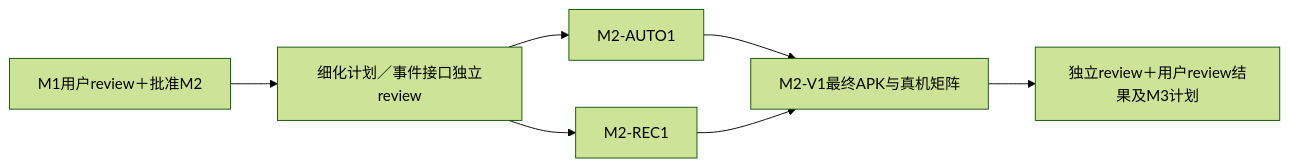
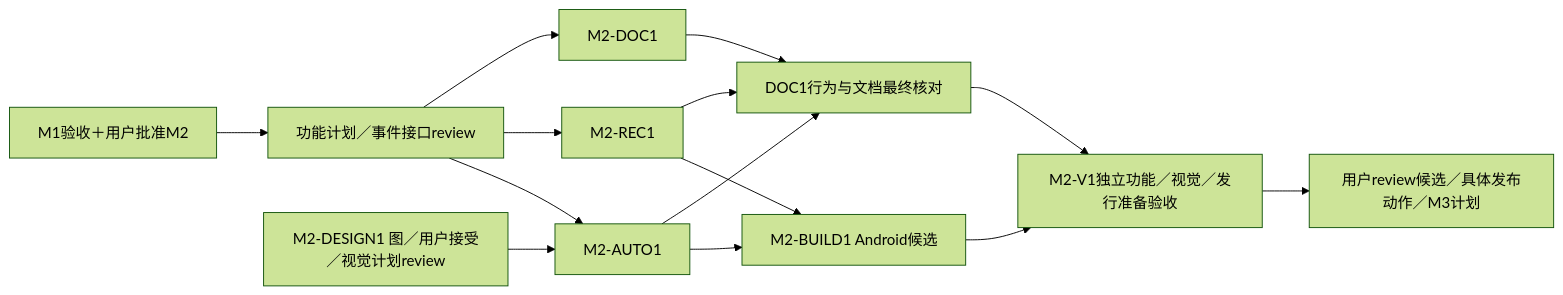
One commit to GhostFlying/ferry changed the diagram in docs/plans/m2.md. Above: the diagram before and after it, drawn with Mermaid (forest theme). The commit also changed other lines of this file and 15 other files, not shown here.

````diff
--- a/docs/plans/m2.md
+++ b/docs/plans/m2.md
@@ -17,9 +22,16 @@
 ```mermaid
 flowchart LR
-    U[M1用户review＋批准M2] --> P[细化计划／事件接口独立review]
+    U[M1验收＋用户批准M2] --> P[功能计划／事件接口review]
     P --> A[M2-AUTO1]
     P --> R[M2-REC1]
-    A --> V[M2-V1最终APK与真机矩阵]
-    R --> V
-    V --> G[独立review＋用户review结果及M3计划]
+    DS[M2-DESIGN1 图／用户接受／视觉计划review] --> A
+    P --> D[M2-DOC1]
+    A --> B[M2-BUILD1 Android候选]
+    R --> B
+    A --> DF[DOC1行为与文档最终核对]
+    D --> DF
+    R --> DF
+    B --> V[M2-V1独立功能／视觉／发行准备验收]
+    DF --> V
+    V --> G[用户review候选／具体发布动作／M3计划]
 ```
````
